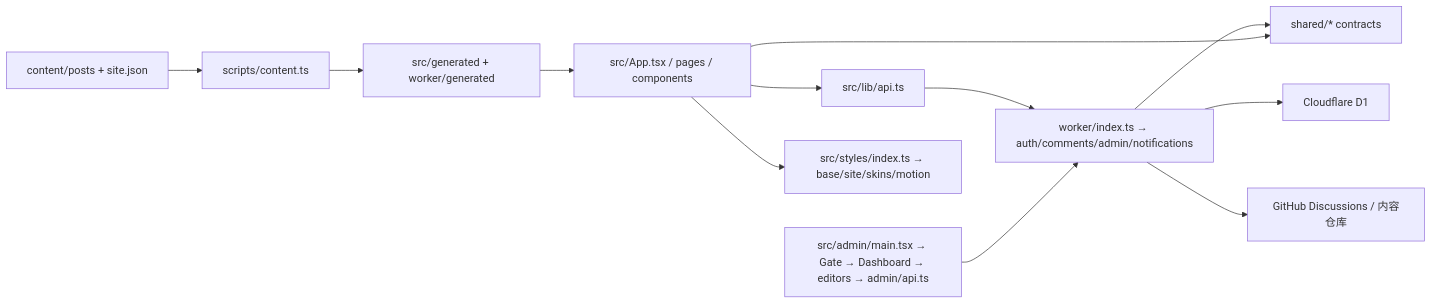
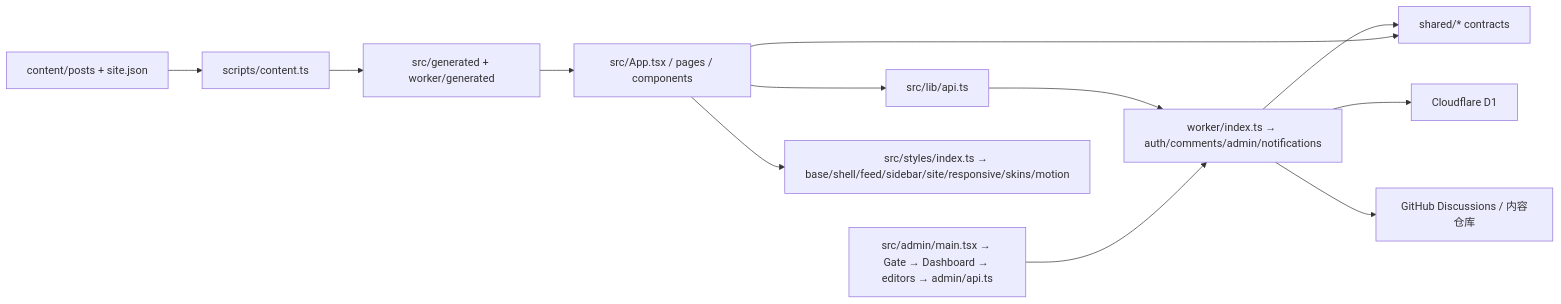
The first of 2 diagrams in docs/ARCHITECTURE.md (YohakuSama/waylan-blog), drawn with Mermaid before and after one commit. The commit also changed other lines of this file and 12 other files, not shown here.

````diff
--- a/docs/ARCHITECTURE.md
+++ b/docs/ARCHITECTURE.md
@@ -9,14 +9,14 @@
 ```mermaid
 flowchart LR
     Content["content/posts + site.json"] --> Build["scripts/content.ts"]
     Build --> Generated["src/generated + worker/generated"]
     Generated --> Front["src/App.tsx / pages / components"]
     Front --> BrowserApi["src/lib/api.ts"]
     BrowserApi --> Worker["worker/index.ts → auth/comments/admin/notifications"]
     Worker --> Shared["shared/* contracts"]
     Front --> Shared
     Worker --> D1["Cloudflare D1"]
     Worker --> GitHub["GitHub Discussions / 内容仓库"]
     Admin["src/admin/main.tsx → Gate → Dashboard → editors → admin/api.ts"] --> Worker
-    Front --> Styles["src/styles/index.ts → base/site/skins/motion"]
+    Front --> Styles["src/styles/index.ts → base/shell/feed/sidebar/site/responsive/skins/motion"]
 ```
````
